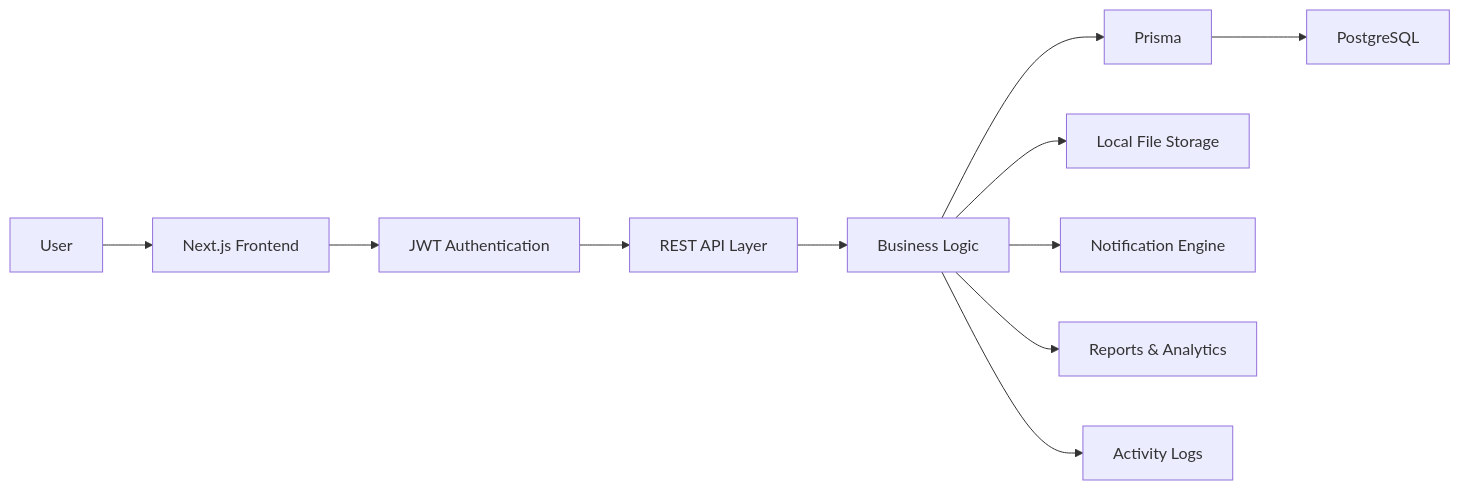
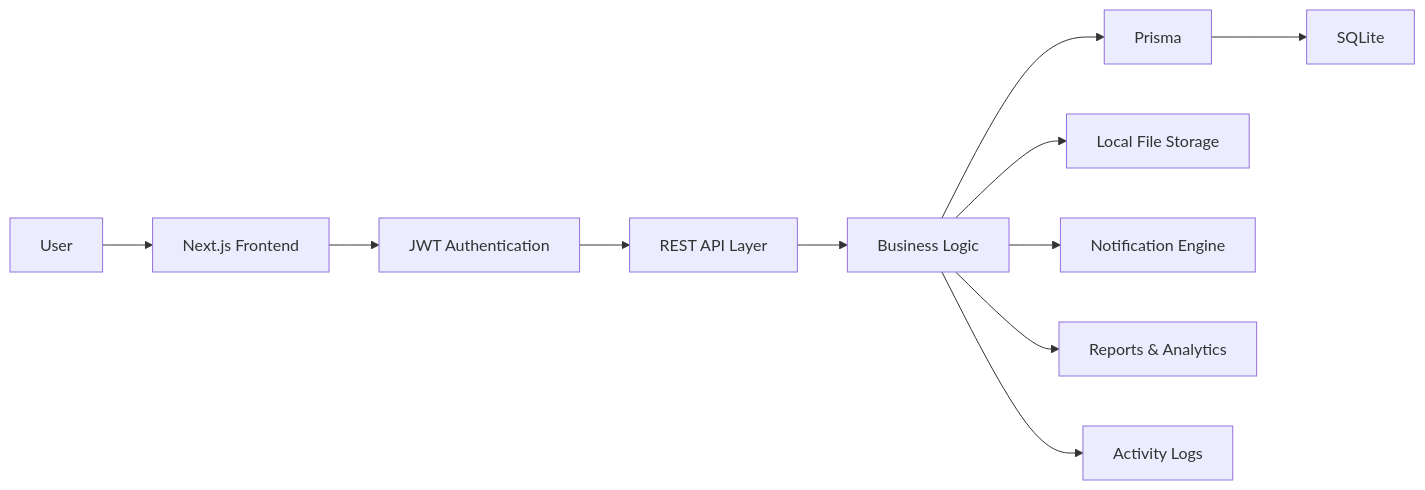
Before and after one commit to Harshi-max/Asset-Flow: the first of 8 diagrams in README.md, drawn with Mermaid. The commit also changed other lines of this file, not shown here.

First line of the commit message:
Change primary database from PostgreSQL to SQLite

````diff
--- a/README.md
+++ b/README.md
@@ -67,31 +67,31 @@
 ```mermaid
 flowchart LR
 
 User --> Frontend
 
 Frontend["Next.js Frontend"]
 
 Frontend --> Auth
 
 Auth["JWT Authentication"]
 
 Auth --> API
 
 API["REST API Layer"]
 
 API --> Service
 
 Service["Business Logic"]
 
 Service --> Prisma
 
-Prisma --> PostgreSQL
+Prisma --> SQLite
 
 Service --> Storage["Local File Storage"]
 
 Service --> Notification["Notification Engine"]
 
 Service --> Reports["Reports & Analytics"]
 
 Service --> Logs["Activity Logs"]
 ```
````
